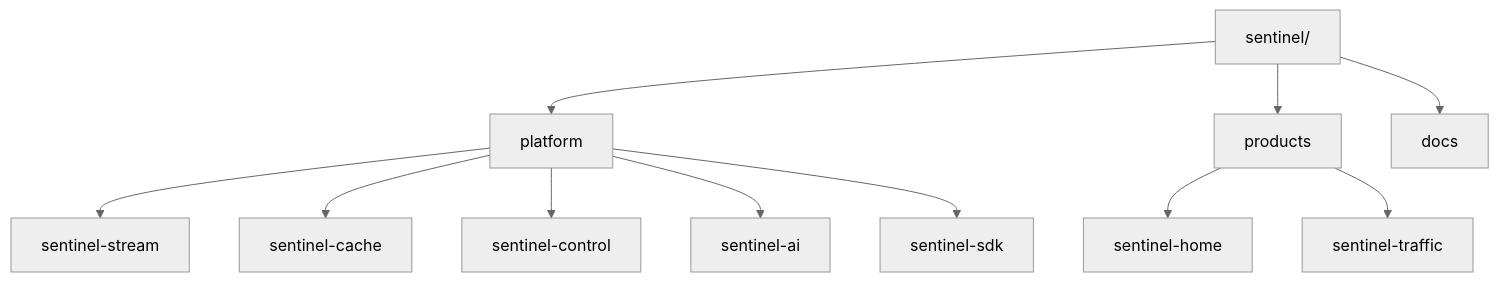
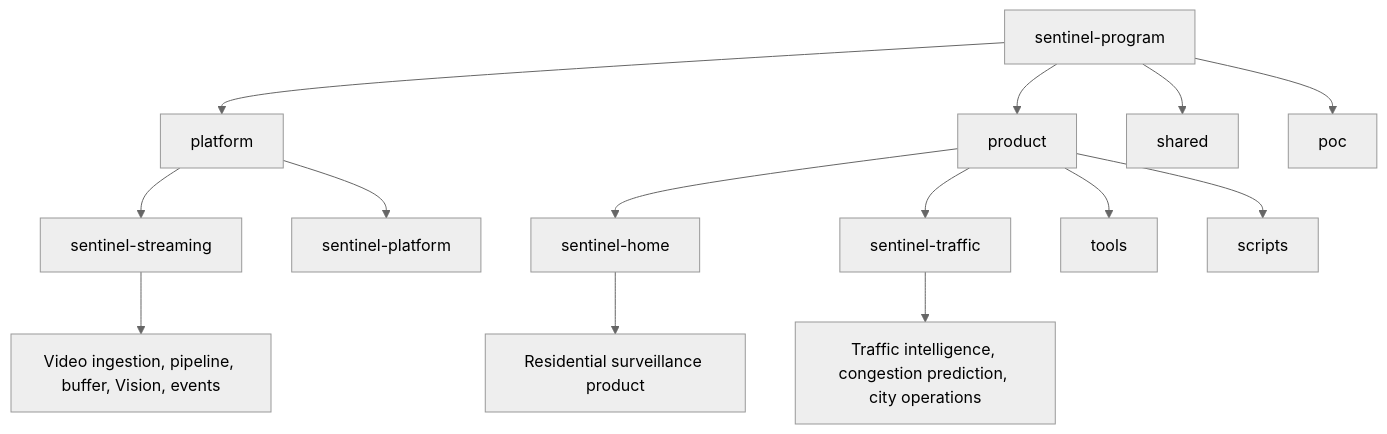
The second of 2 diagrams in README.md (dcfrancisco/sentinel-program), drawn with Mermaid (neutral theme) before and after one commit. The commit also changed other lines of this file, not shown here.

Commit message:
update diagram

````diff
--- a/README.md
+++ b/README.md
@@ -190,18 +190,20 @@
 ```mermaid
 flowchart TD
 
-    ROOT["sentinel/"]
+    Root[sentinel-program] --> Platform[platform]
+    Root --> Products[product]
+    Root --> Shared[shared]
+    Root --> POC[poc]
 
-    ROOT --> PLATFORM["platform"]
-    ROOT --> PRODUCTS["products"]
-    ROOT --> DOCS["docs"]
+    Platform --> Streaming[sentinel-streaming]
+    Platform --> PlatformServices[sentinel-platform]
 
-    PLATFORM --> STREAM["sentinel-stream"]
-    PLATFORM --> CACHE["sentinel-cache"]
-    PLATFORM --> CONTROL["sentinel-control"]
-    PLATFORM --> AI["sentinel-ai"]
-    PLATFORM --> SDK["sentinel-sdk"]
+    Products --> Home[sentinel-home]
+    Products --> Traffic[sentinel-traffic]
+    Products --> Tools[tools]
+    Products --> Scripts[scripts]
 
-    PRODUCTS --> HOME["sentinel-home"]
-    PRODUCTS --> TRAFFIC["sentinel-traffic"]
+    Streaming --> Runtime["Video ingestion, pipeline, buffer, Vision, events"]
+    Traffic --> TrafficAI["Traffic intelligence, congestion prediction, city operations"]
+    Home --> HomeAI["Residential surveillance product"]
 ```
````
